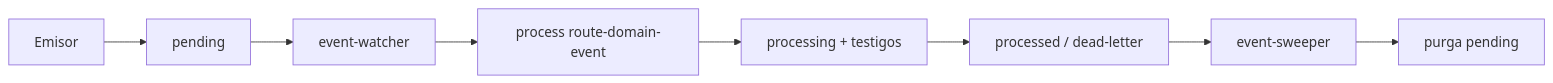
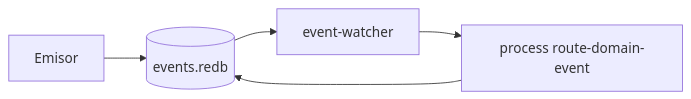
Before and after one commit to racso80es/SddIA: the first of 2 diagrams in README.md, drawn with Mermaid. The commit also changed other lines of this file and 42 other files, not shown here.

Commit message:
El default del bus pasa a redb y event-sweeper sale del catálogo.

````diff
--- a/README.md
+++ b/README.md
@@ -104,10 +104,7 @@
 ```mermaid
 flowchart LR
-  EM[Emisor] --> P[pending]
-  P --> W[event-watcher]
+  EM[Emisor] --> REDB[(events.redb)]
+  REDB --> W[event-watcher]
   W --> RDE[process route-domain-event]
-  RDE --> PROC[processing + testigos]
-  PROC --> OUT[processed / dead-letter]
-  OUT --> SW[event-sweeper]
-  SW --> PURGE[purga pending]
+  RDE --> REDB
 ```
````
